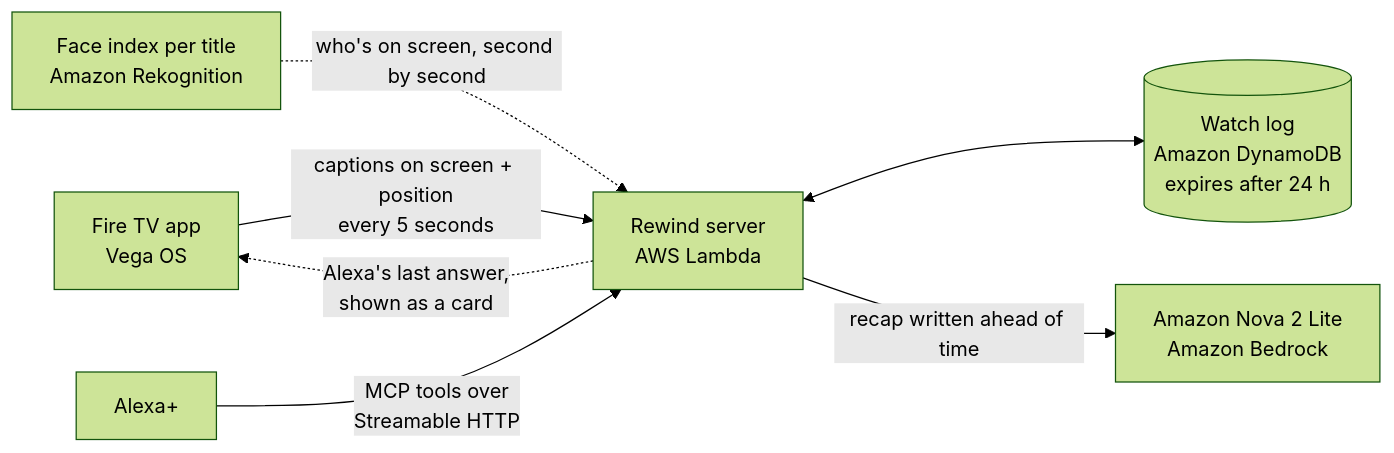
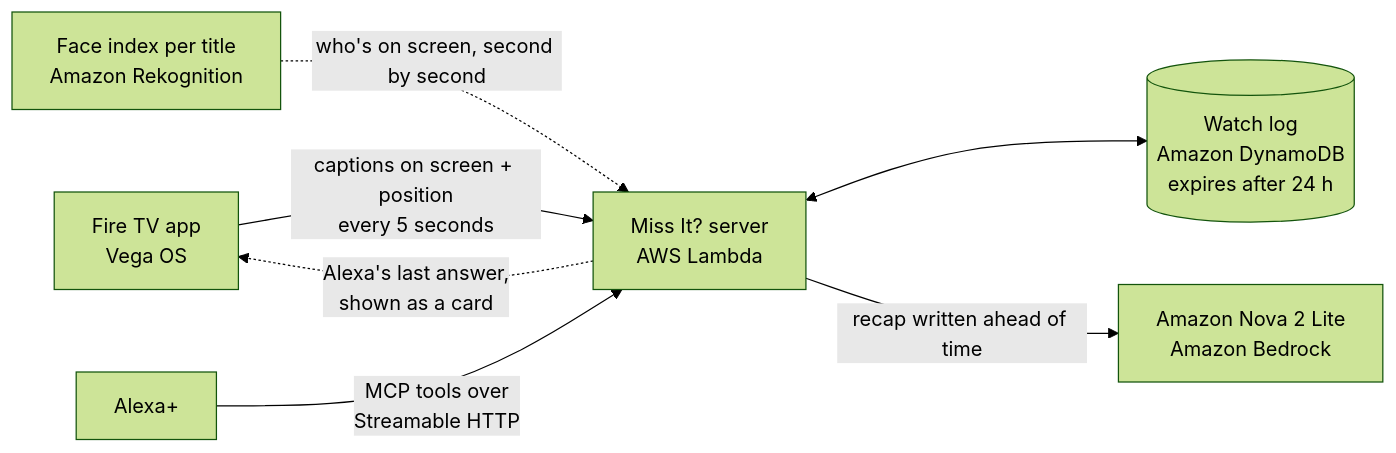
The diagram in README.md (vhrcam/miss-it), drawn with Mermaid (forest theme) before and after one commit. The commit also changed other lines of this file, not shown here.

Commit message:
Put the Miss It? name and logo on the README

````diff
--- a/README.md
+++ b/README.md
@@ -43,9 +51,9 @@
 ```mermaid
 flowchart LR
-    TV["Fire TV app<br/>Vega OS"] -- "captions on screen + position<br/>every 5 seconds" --> Server["Rewind server<br/>AWS Lambda"]
+    TV["Fire TV app<br/>Vega OS"] -- "captions on screen + position<br/>every 5 seconds" --> Server["Miss It? server<br/>AWS Lambda"]
     Server <--> Log[("Watch log<br/>Amazon DynamoDB<br/>expires after 24 h")]
     Server -- "recap written ahead of time" --> Nova["Amazon Nova 2 Lite<br/>Amazon Bedrock"]
     Faces["Face index per title<br/>Amazon Rekognition"] -. "who's on screen, second by second" .-> Server
     Alexa["Alexa+"] -- "MCP tools over<br/>Streamable HTTP" --> Server
     Server -. "Alexa's last answer,<br/>shown as a card" .-> TV
 ```
````
